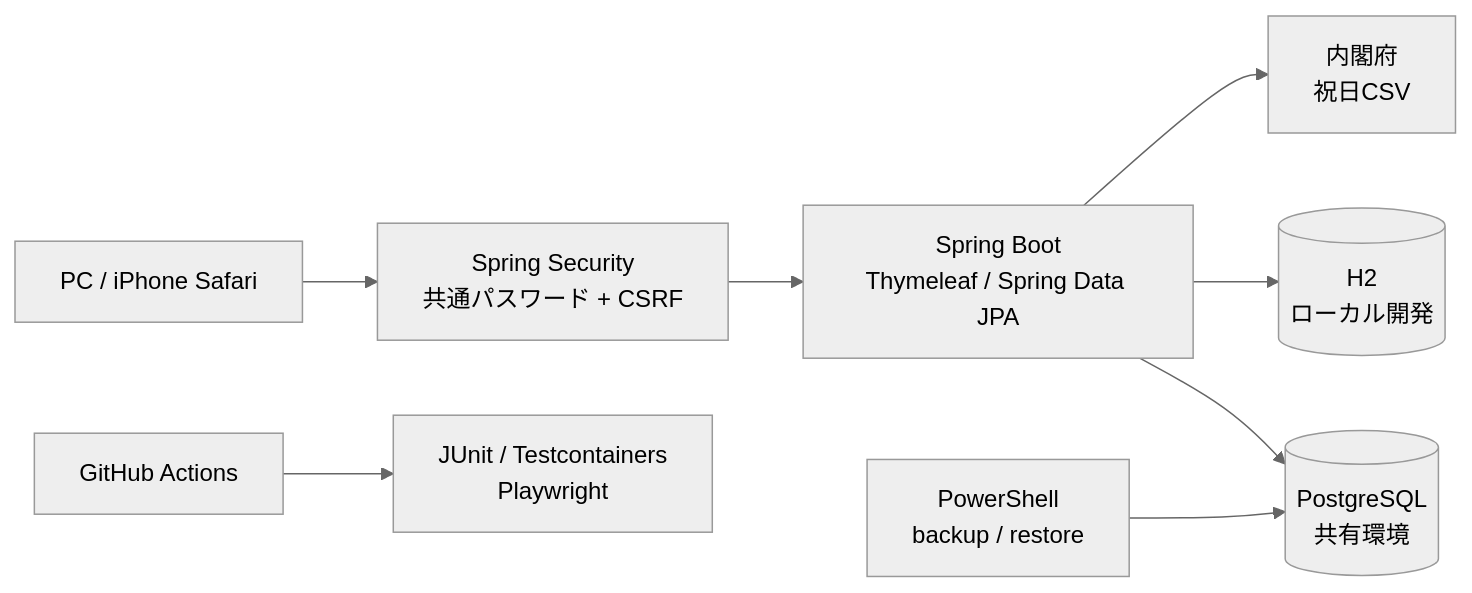
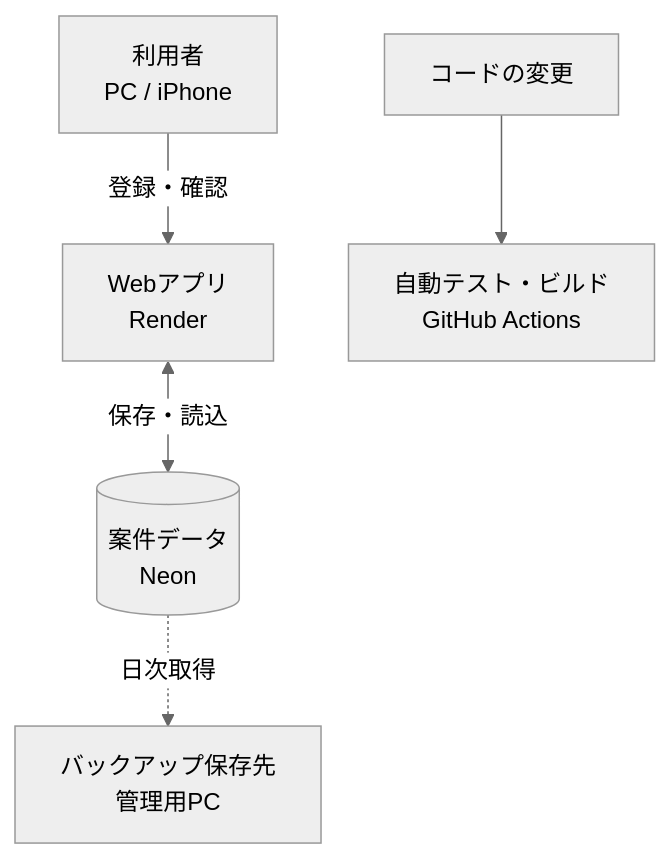
The diagram in README.md (yuya-dev-dev/schedule-system), drawn with Mermaid (neutral theme) before and after one commit. The commit also changed other lines of this file and 1 other file, not shown here.

Commit message:
docs: clarify system overview and backup operations

````diff
--- a/README.md
+++ b/README.md
@@ -76,10 +67,7 @@
 ```mermaid
-flowchart LR
-    Browser[PC / iPhone Safari] --> Security[Spring Security<br>共通パスワード + CSRF]
-    Security --> App[Spring Boot<br>Thymeleaf / Spring Data JPA]
-    App --> PostgreSQL[(PostgreSQL<br>共有環境)]
-    App --> H2[(H2<br>ローカル開発)]
-    App --> Holidays[内閣府<br>祝日CSV]
-    Backup[PowerShell<br>backup / restore] --> PostgreSQL
-    CI[GitHub Actions] --> Tests[JUnit / Testcontainers<br>Playwright]
+flowchart TB
+    Browser[利用者<br>PC / iPhone] -->|登録・確認| App[Webアプリ<br>Render]
+    App <-->|保存・読込| DB[(案件データ<br>Neon)]
+    DB -. 日次取得 .-> Backup[バックアップ保存先<br>管理用PC]
+    Changes[コードの変更] --> CI[自動テスト・ビルド<br>GitHub Actions]
 ```
````
